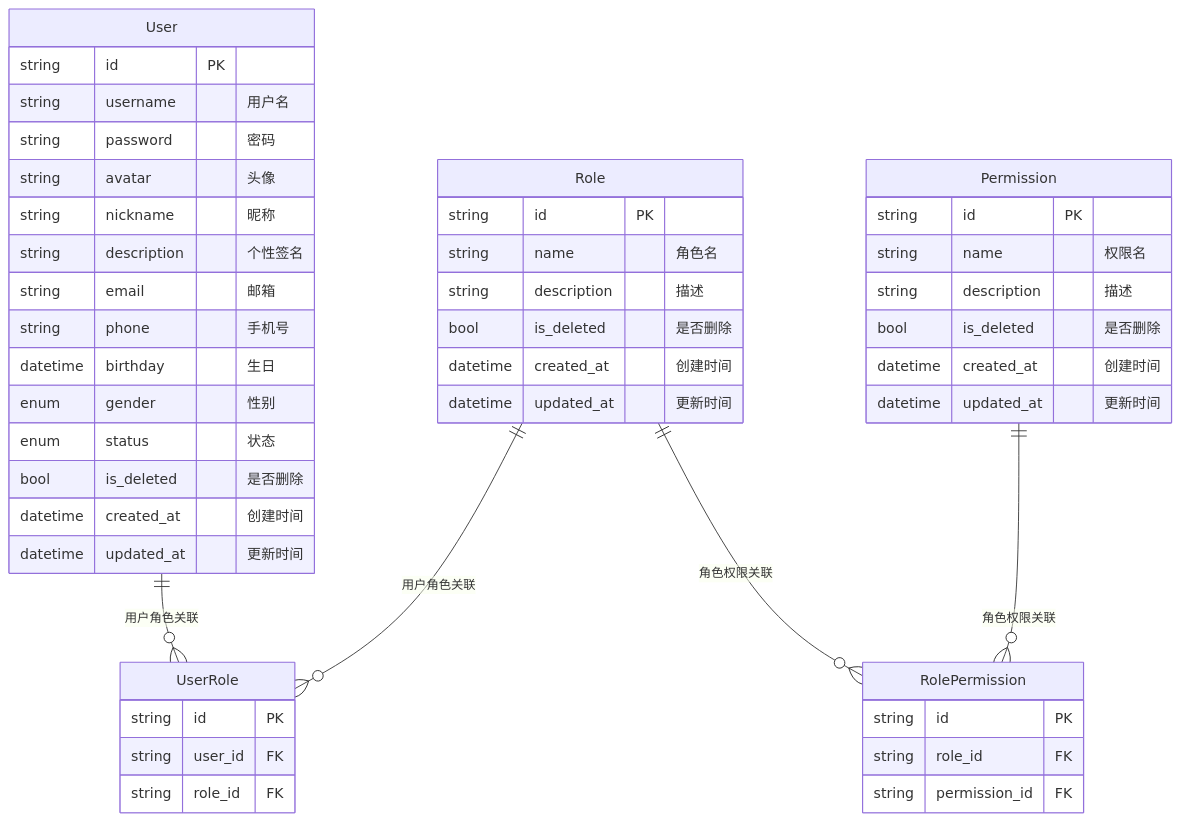
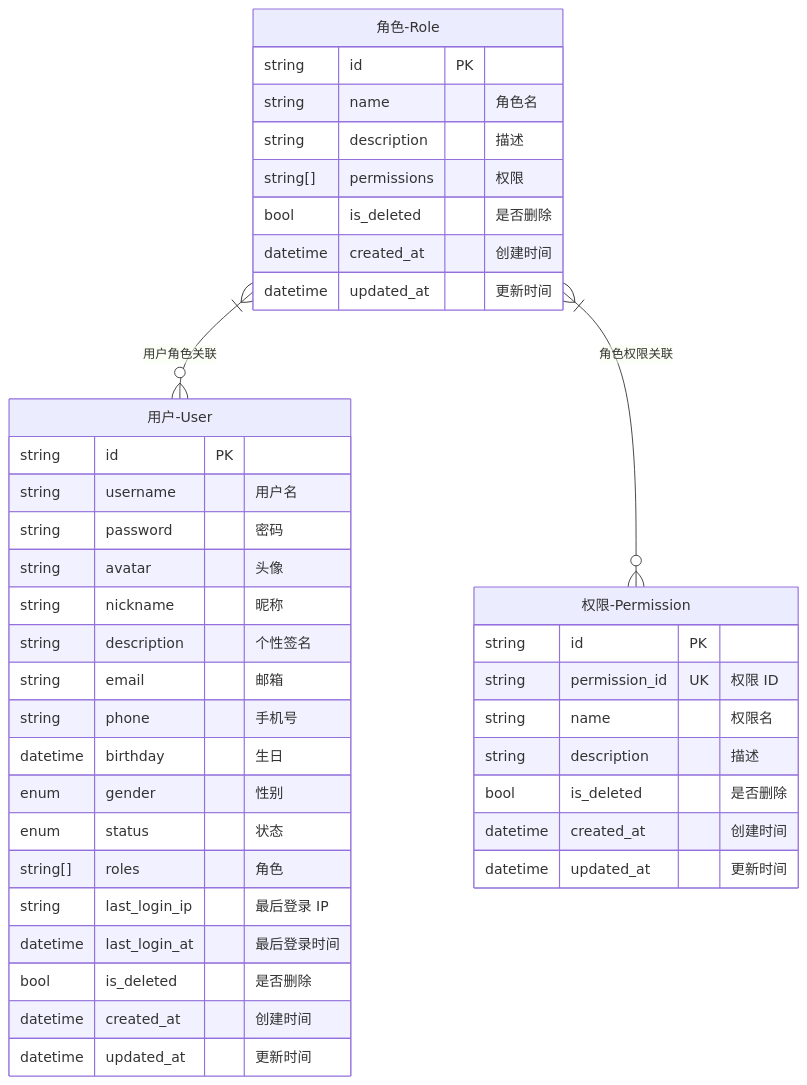
The first of 4 diagrams in docs/2.model.md (summer-like-coding/chat-system), drawn with Mermaid before and after one commit. The commit also changed other lines of this file and 8 other files, not shown here.

````diff
--- a/docs/2.model.md
+++ b/docs/2.model.md
@@ -5,54 +5,45 @@
 ```mermaid
 erDiagram
-  Role ||--o{ UserRole : "用户角色关联"
-  User ||--o{ UserRole : "用户角色关联"
-  Permission ||--o{ RolePermission : "角色权限关联"
-  Role ||--o{ RolePermission : "角色权限关联"
+  Role }|--o{ User : "用户角色关联"
+  Role }|--o{ Permission : "角色权限关联"
 
-  User {
+  User["用户-User"] {
     string id PK
     string username "用户名"
     string password "密码"
     string avatar "头像"
     string nickname "昵称"
     string description "个性签名"
     string email "邮箱"
     string phone "手机号"
     datetime birthday "生日"
     enum gender "性别"
     enum status "状态"
+    string[] roles "角色"
+    string last_login_ip "最后登录 IP"
+    datetime last_login_at "最后登录时间"
     bool is_deleted "是否删除"
     datetime created_at "创建时间"
     datetime updated_at "更新时间"
   }
 
-  Role {
+  Role["角色-Role"] {
     string id PK
     string name "角色名"
     string description "描述"
+    string[] permissions "权限"
     bool is_deleted "是否删除"
     datetime created_at "创建时间"
     datetime updated_at "更新时间"
   }
 
-  UserRole {
+  Permission["权限-Permission"] {
     string id PK
-    string user_id FK
-    string role_id FK
-  }
-
-  Permission {
-    string id PK
+    string permission_id UK "权限 ID"
     string name "权限名"
     string description "描述"
     bool is_deleted "是否删除"
     datetime created_at "创建时间"
     datetime updated_at "更新时间"
   }
-
-  RolePermission {
-    string id PK
-    string role_id FK
-    string permission_id FK
-  }
 ```
````
